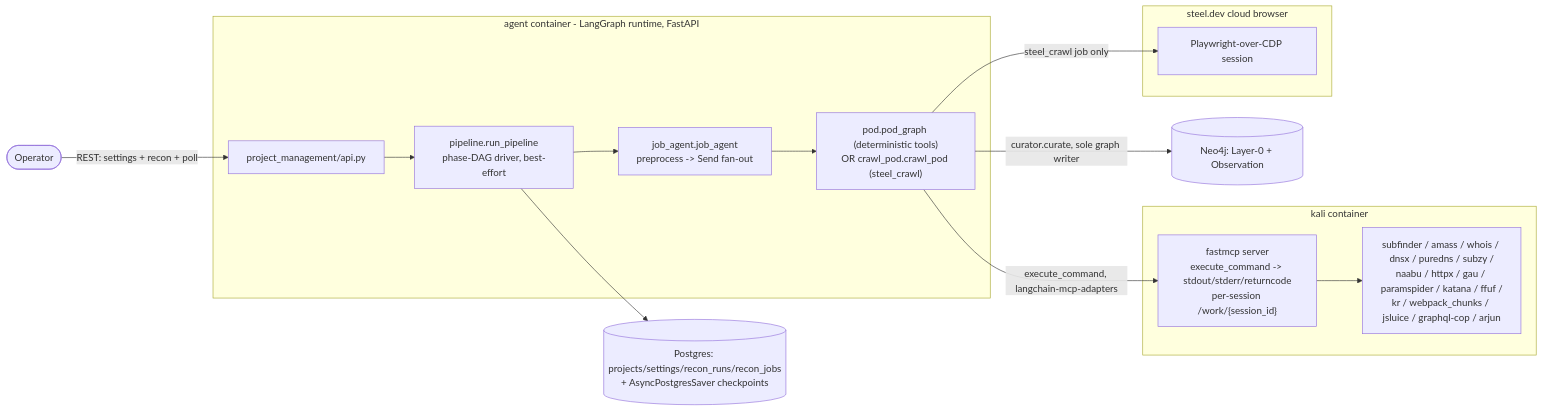
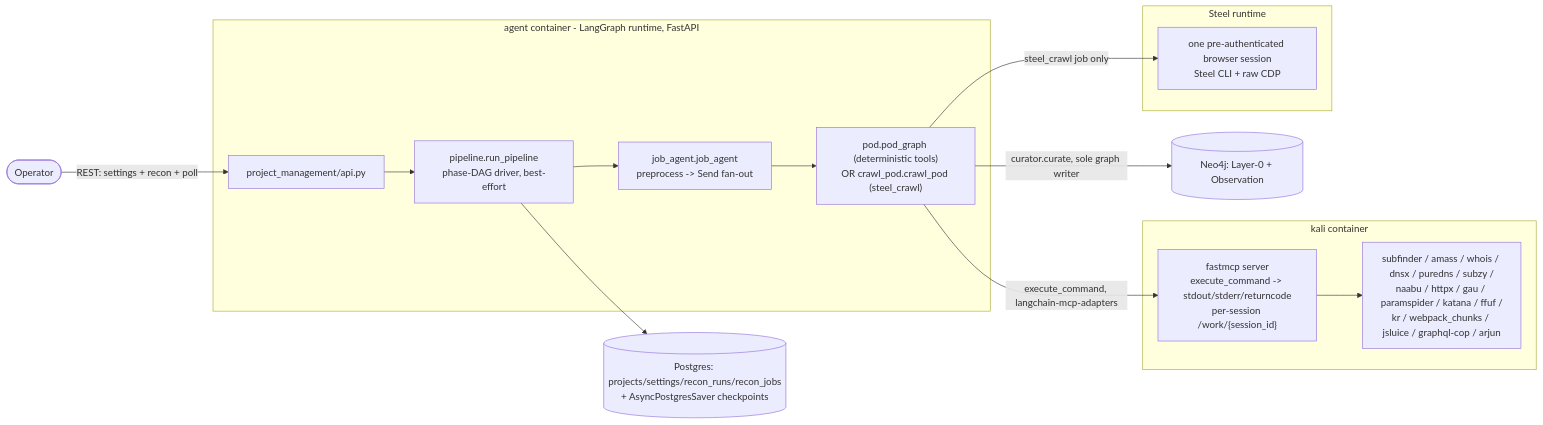
One commit to Diekgbbtt/polyphemus changed the first of 7 diagrams in docs/design/recon-pipeline-design.md. Above: the diagram before and after it, drawn with Mermaid. The commit also changed other lines of this file and 14 other files, not shown here.

````diff
--- a/docs/design/recon-pipeline-design.md
+++ b/docs/design/recon-pipeline-design.md
@@ -33,25 +33,25 @@
 ```mermaid
 flowchart LR
     OP([Operator]) -->|REST: settings + recon + poll| API
     subgraph AGENTC[agent container - LangGraph runtime, FastAPI]
         API[project_management/api.py]
         PORCH["pipeline.run_pipeline<br/>phase-DAG driver, best-effort"]
         JORCH["job_agent.job_agent<br/>preprocess -> Send fan-out"]
         POD["pod.pod_graph (deterministic tools)<br/>OR crawl_pod.crawl_pod (steel_crawl)"]
         API --> PORCH
         PORCH --> JORCH
         JORCH --> POD
     end
     subgraph KALIC[kali container]
         MCP["fastmcp server<br/>execute_command -> stdout/stderr/returncode<br/>per-session /work/{session_id}"]
         TOOLS["subfinder / amass / whois / dnsx / puredns / subzy /<br/>naabu / httpx / gau / paramspider / katana / ffuf /<br/>kr / webpack_chunks / jsluice / graphql-cop / arjun"]
         MCP --> TOOLS
     end
-    subgraph STEELC[steel.dev cloud browser]
-        STEEL[Playwright-over-CDP session]
+    subgraph STEELC[Steel runtime]
+        STEEL[one pre-authenticated browser session<br/>Steel CLI + raw CDP]
     end
     POD -->|execute_command, langchain-mcp-adapters| MCP
     POD -->|steel_crawl job only| STEEL
     POD -->|curator.curate, sole graph writer| NEO[(Neo4j: Layer-0 + Observation)]
     PORCH --> PG[(Postgres: projects/settings/recon_runs/recon_jobs<br/>+ AsyncPostgresSaver checkpoints)]
 ```
````
